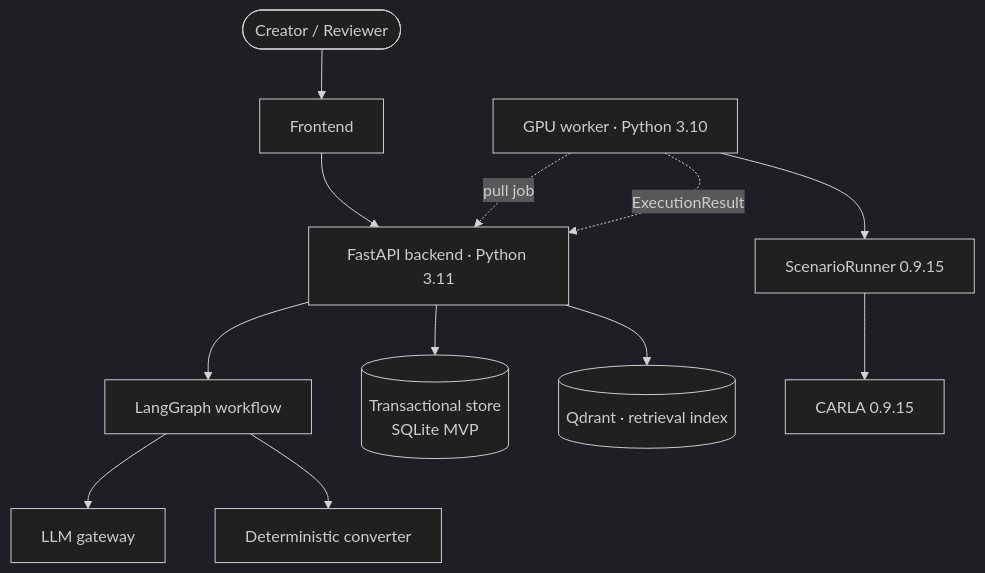
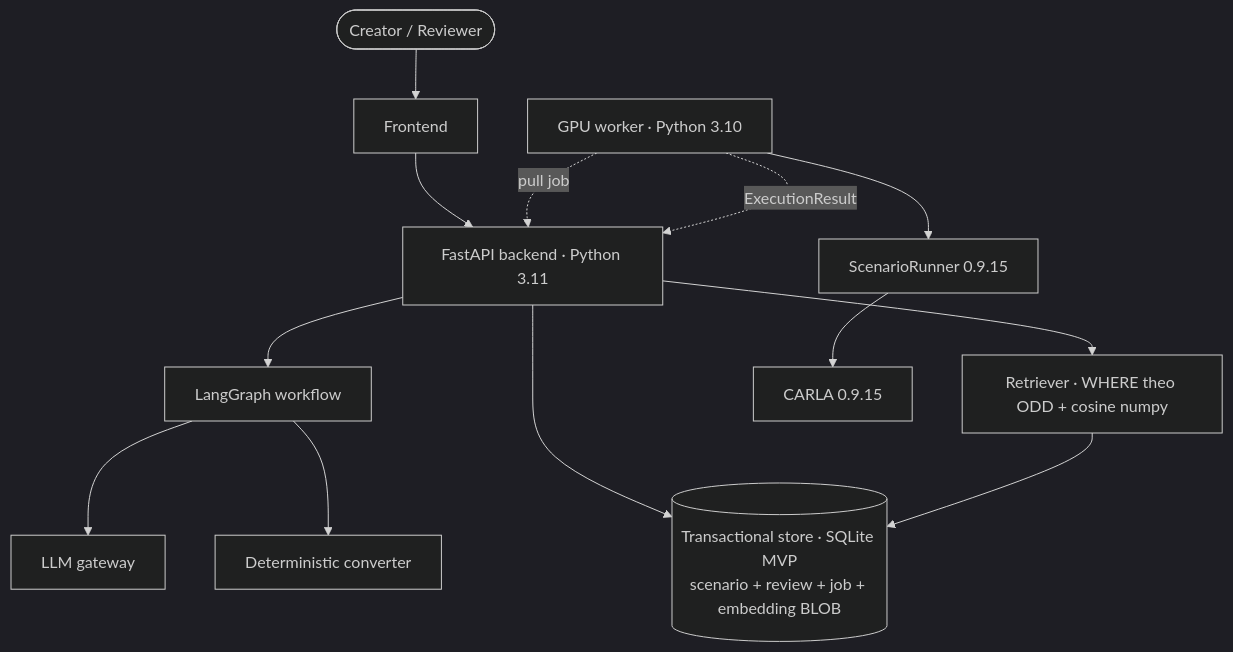
Before and after one commit to Menakanchi/nextjs-boilerplate: the first of 3 diagrams in ARCHITECTURE.md, drawn with Mermaid (dark theme). The commit also changed other lines of this file and 8 other files, not shown here.

First line of the commit message:
docs: ADR-013 chốt SQLite + embedding BLOB, supersede ADR-003

````diff
--- a/ARCHITECTURE.md
+++ b/ARCHITECTURE.md
@@ -20,15 +20,16 @@
 ```mermaid
 graph TB
     U([Creator / Reviewer]) --> UI[Frontend]
     UI --> API[FastAPI backend · Python 3.11]
     API --> G[LangGraph workflow]
     G --> LLM[LLM gateway]
     G --> CONV[Deterministic converter]
-    API --> DB[(Transactional store<br/>SQLite MVP)]
-    API --> QD[(Qdrant · retrieval index)]
+    API --> DB[(Transactional store · SQLite MVP<br/>scenario + review + job + embedding BLOB)]
+    API --> RET[Retriever · WHERE theo ODD + cosine numpy]
+    RET --> DB
 
     W[GPU worker · Python 3.10] -. pull job .-> API
     W --> SR[ScenarioRunner 0.9.15]
     SR --> C[CARLA 0.9.15]
     W -. ExecutionResult .-> API
 ```
````
